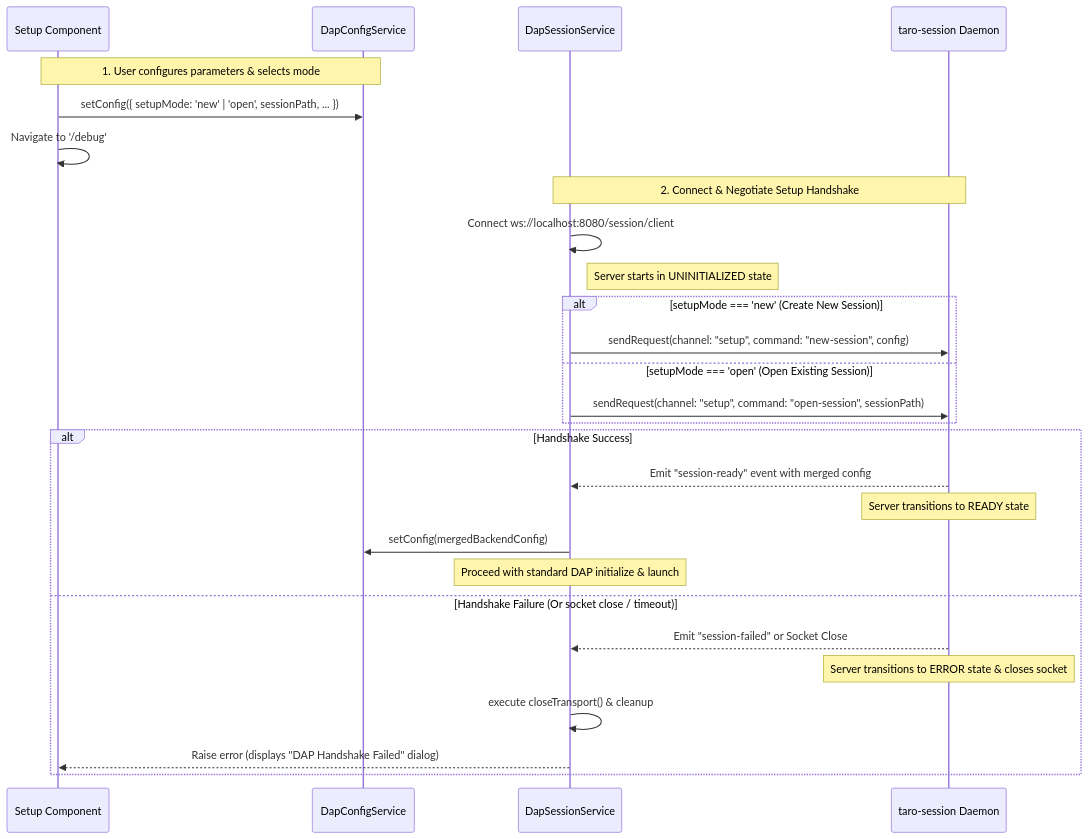
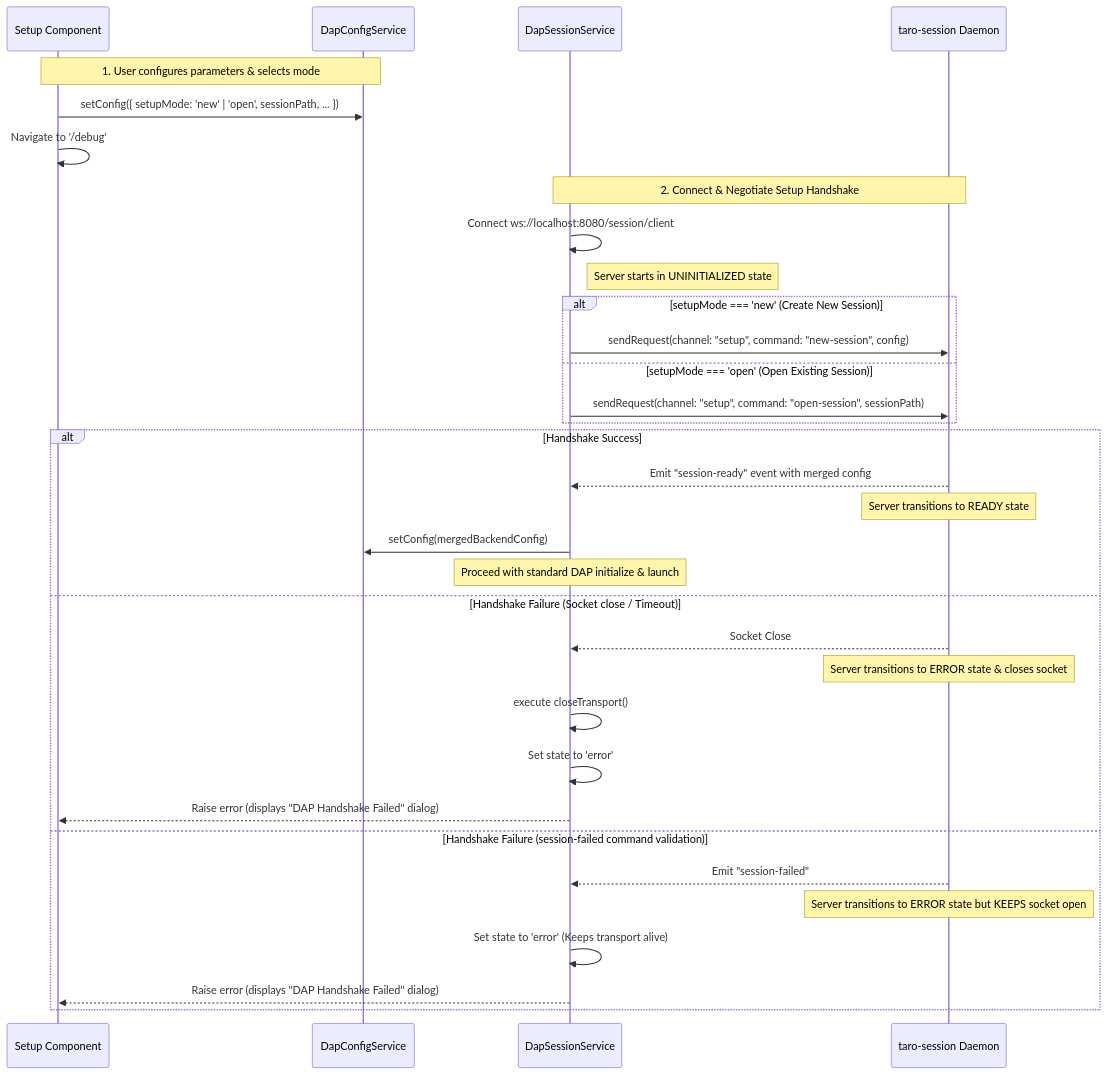
The second of 2 diagrams in docs/architecture/session-layer.md (tangpo387-arch/taro-debugger), drawn with Mermaid before and after one commit. The commit also changed other lines of this file and 6 other files, not shown here.

Commit message:
feat: implement fail-fast setup handshake error handling and socket retention for session recovery in DapSessionService

````diff
--- a/docs/architecture/session-layer.md
+++ b/docs/architecture/session-layer.md
@@ -225,33 +226,39 @@
 ```mermaid
 sequenceDiagram
     participant UI as Setup Component
     participant DCS as DapConfigService
     participant DSS as DapSessionService
     participant TS as taro-session Daemon
 
     Note over UI, DCS: 1. User configures parameters & selects mode
     UI->>DCS: setConfig({ setupMode: 'new' | 'open', sessionPath, ... })
     UI->>UI: Navigate to '/debug'
 
     Note over DSS, TS: 2. Connect & Negotiate Setup Handshake
     DSS->>DSS: Connect ws://localhost:8080/session/client
     Note right of DSS: Server starts in UNINITIALIZED state
 
     alt setupMode === 'new' (Create New Session)
         DSS->>TS: sendRequest(channel: "setup", command: "new-session", config)
     else setupMode === 'open' (Open Existing Session)
         DSS->>TS: sendRequest(channel: "setup", command: "open-session", sessionPath)
     end
 
     alt Handshake Success
         TS-->>DSS: Emit "session-ready" event with merged config
         Note over TS: Server transitions to READY state
         DSS->>DCS: setConfig(mergedBackendConfig)
         Note over DSS: Proceed with standard DAP initialize & launch
-    else Handshake Failure (Or socket close / timeout)
-        TS-->>DSS: Emit "session-failed" or Socket Close
+    else Handshake Failure (Socket close / Timeout)
+        TS-->>DSS: Socket Close
         Note over TS: Server transitions to ERROR state & closes socket
-        DSS->>DSS: execute closeTransport() & cleanup
+        DSS->>DSS: execute closeTransport()
+        DSS->>DSS: Set state to 'error'
+        DSS-->>UI: Raise error (displays "DAP Handshake Failed" dialog)
+    else Handshake Failure (session-failed command validation)
+        TS-->>DSS: Emit "session-failed"
+        Note over TS: Server transitions to ERROR state but KEEPS socket open
+        DSS->>DSS: Set state to 'error' (Keeps transport alive)
         DSS-->>UI: Raise error (displays "DAP Handshake Failed" dialog)
     end
 ```
````
